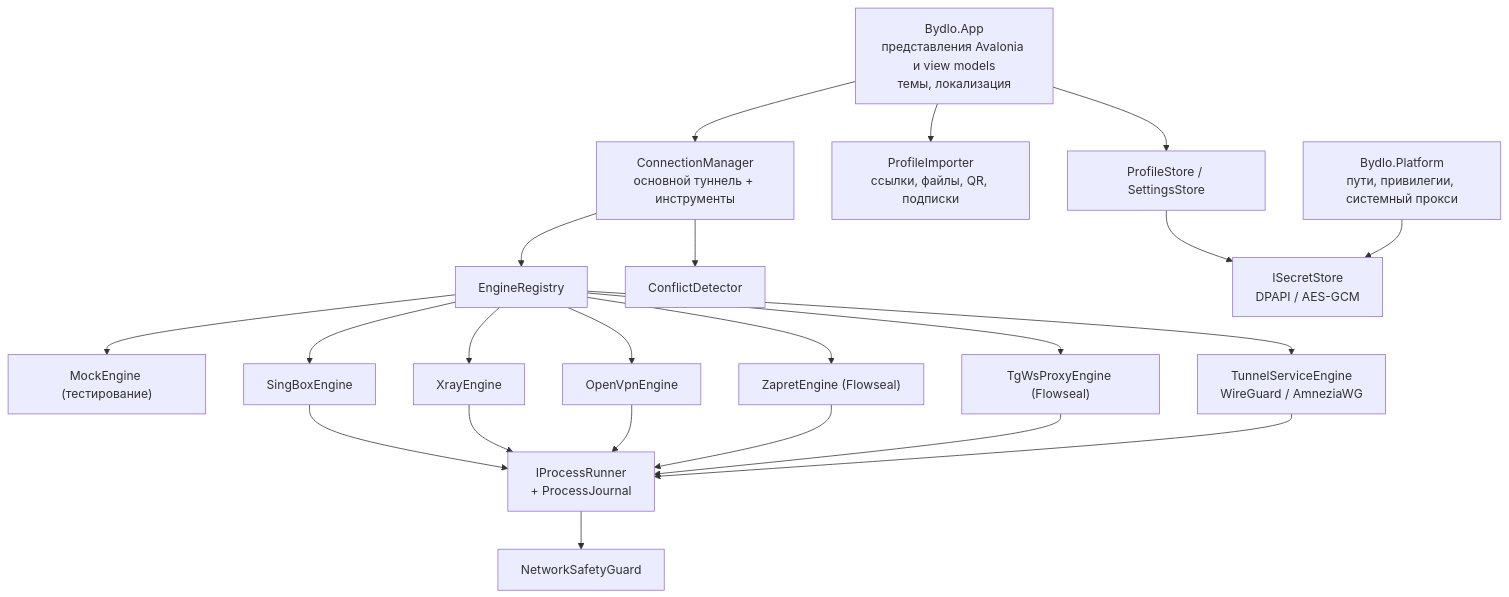
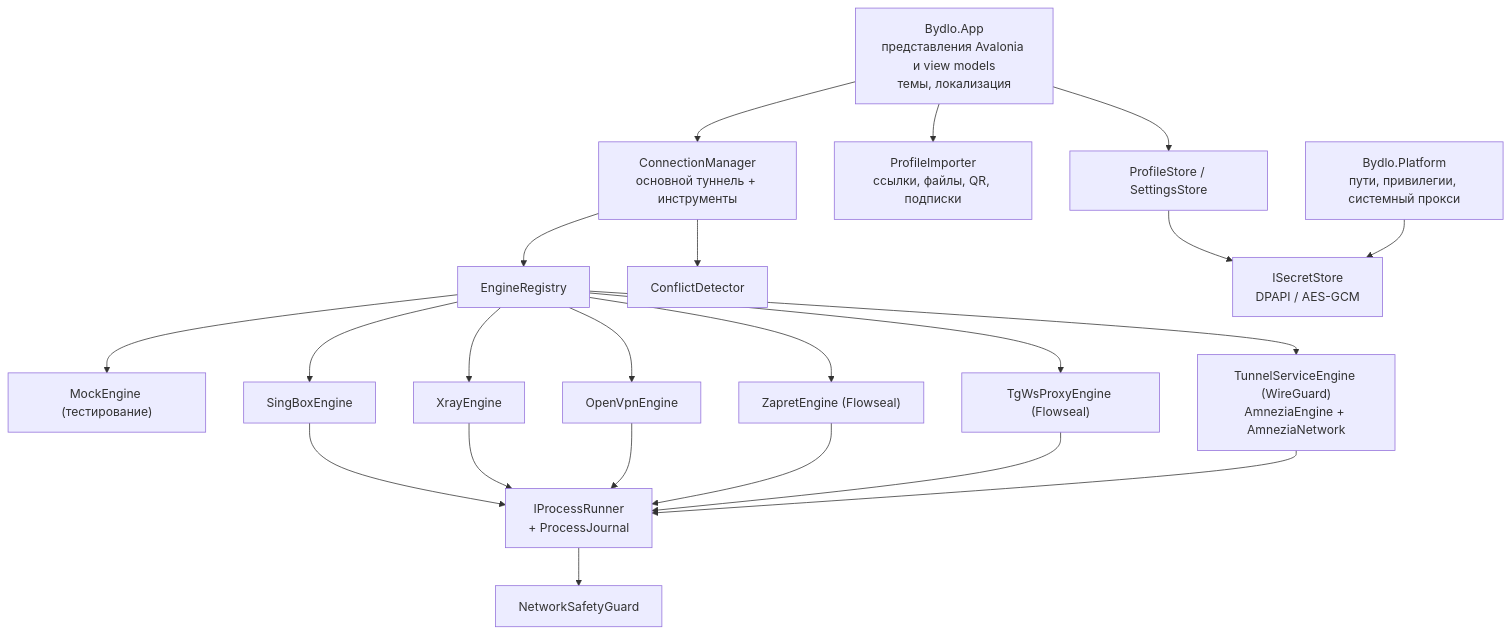
Before and after one commit to Aaqibhafeezkhan/BYDLO: the diagram in docs/ARCHITECTURE.md, drawn with Mermaid. The commit also changed other lines of this file and 45 other files, not shown here.

````diff
--- a/docs/ARCHITECTURE.md
+++ b/docs/ARCHITECTURE.md
@@ -6,20 +6,20 @@
 ```mermaid
 flowchart TD
   UI["Bydlo.App<br/>представления Avalonia и view models<br/>темы, локализация"] --> CM["ConnectionManager<br/>основной туннель + инструменты"]
   UI --> IMP["ProfileImporter<br/>ссылки, файлы, QR, подписки"]
   UI --> STORE["ProfileStore / SettingsStore"]
   CM --> REG["EngineRegistry"]
   CM --> CD["ConflictDetector"]
   REG --> MOCK["MockEngine (тестирование)"]
   REG --> SB["SingBoxEngine"]
   REG --> XR["XrayEngine"]
-  REG --> WG["TunnelServiceEngine<br/>WireGuard / AmneziaWG"]
+  REG --> WG["TunnelServiceEngine (WireGuard)<br/>AmneziaEngine + AmneziaNetwork"]
   REG --> OV["OpenVpnEngine"]
   REG --> ZA["ZapretEngine (Flowseal)"]
   REG --> TG["TgWsProxyEngine (Flowseal)"]
   SB & XR & OV & ZA & TG --> PR["IProcessRunner<br/>+ ProcessJournal"]
   WG --> PR
   PR --> GUARD["NetworkSafetyGuard"]
   STORE --> SEC["ISecretStore<br/>DPAPI / AES-GCM"]
   PLAT["Bydlo.Platform<br/>пути, привилегии, системный прокси"] --> SEC
 ```
````
